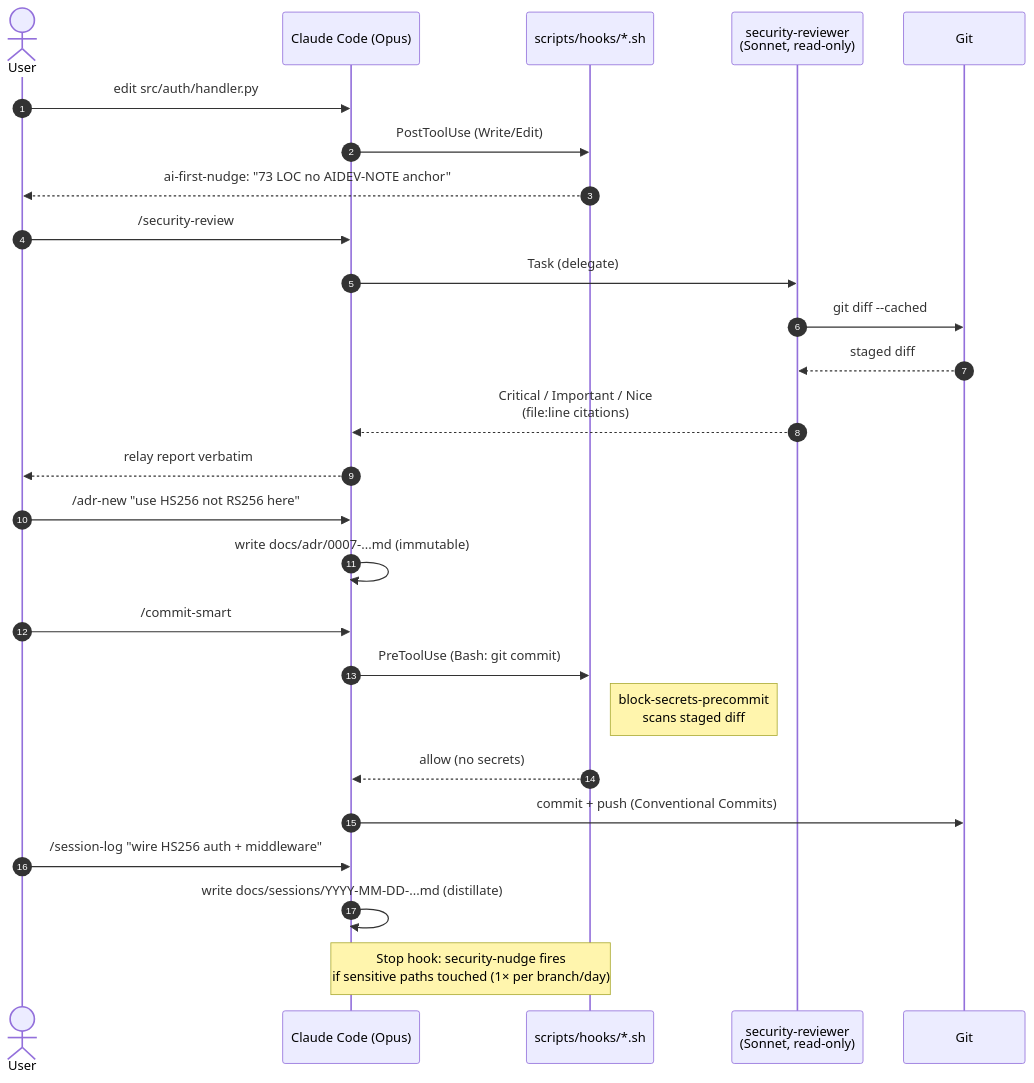
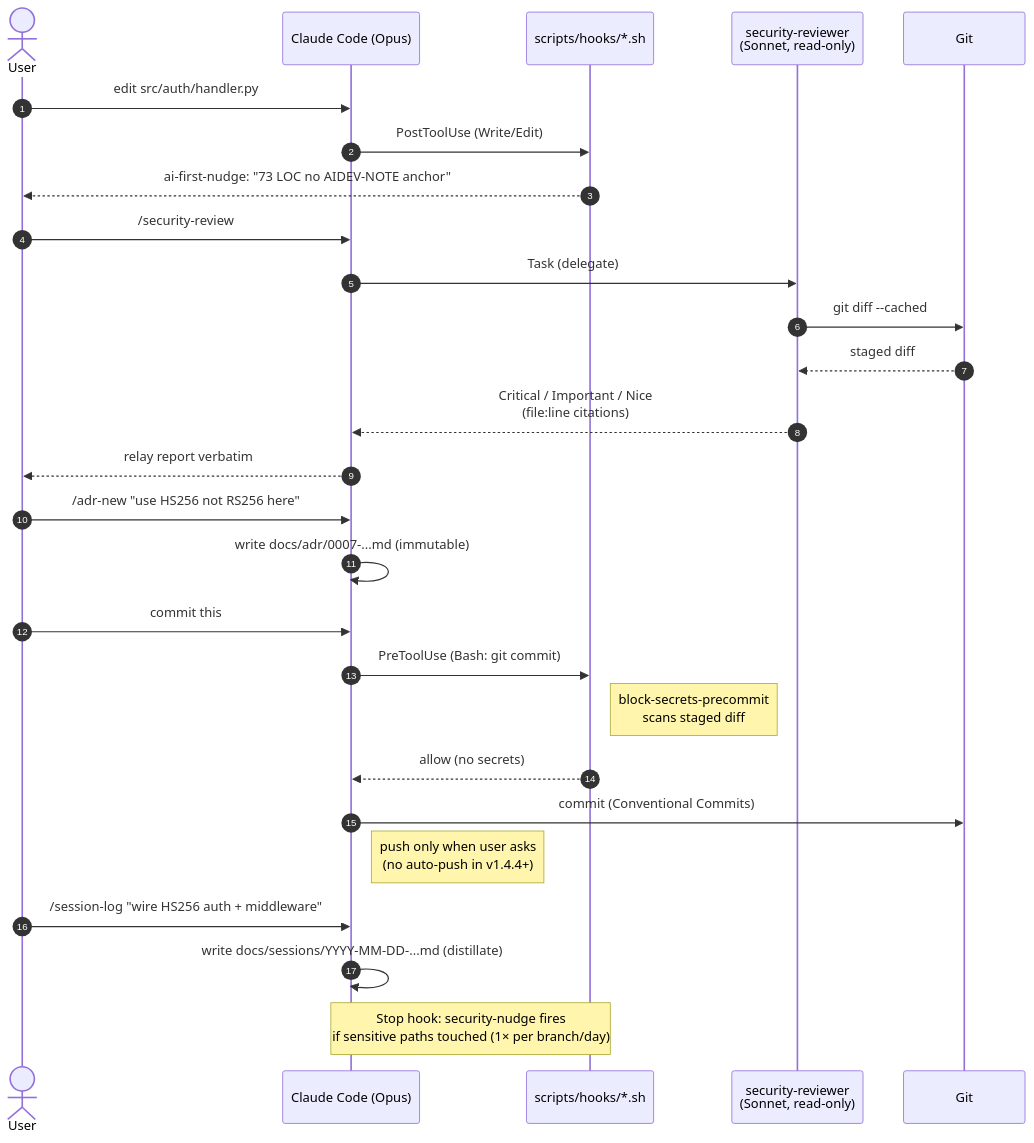
Before and after one commit to Filip-Podstavec/claude-leverage: the first of 2 diagrams in README.md, drawn with Mermaid. The commit also changed other lines of this file and 10 other files, not shown here.

First line of the commit message:
chore(v1.4.4): docs cleanup + version bump for /commit-smart removal

````diff
--- a/README.md
+++ b/README.md
@@ -187,34 +194,35 @@
 ```mermaid
 sequenceDiagram
     autonumber
     actor User
     participant CC as Claude Code (Opus)
     participant Hook as scripts/hooks/*.sh
     participant SR as security-reviewer<br/>(Sonnet, read-only)
     participant Git
 
     User->>CC: edit src/auth/handler.py
     CC->>Hook: PostToolUse (Write/Edit)
     Hook-->>User: ai-first-nudge: "73 LOC no AIDEV-NOTE anchor"
 
     User->>CC: /security-review
     CC->>SR: Task (delegate)
     SR->>Git: git diff --cached
     Git-->>SR: staged diff
     SR-->>CC: Critical / Important / Nice<br/>(file:line citations)
     CC-->>User: relay report verbatim
 
     User->>CC: /adr-new "use HS256 not RS256 here"
     CC->>CC: write docs/adr/0007-...md (immutable)
 
-    User->>CC: /commit-smart
+    User->>CC: commit this
     CC->>Hook: PreToolUse (Bash: git commit)
     Note right of Hook: block-secrets-precommit<br/>scans staged diff
     Hook-->>CC: allow (no secrets)
-    CC->>Git: commit + push (Conventional Commits)
+    CC->>Git: commit (Conventional Commits)
+    Note right of CC: push only when user asks<br/>(no auto-push in v1.4.4+)
 
     User->>CC: /session-log "wire HS256 auth + middleware"
     CC->>CC: write docs/sessions/YYYY-MM-DD-...md (distillate)
 
     Note over CC,Hook: Stop hook: security-nudge fires<br/>if sensitive paths touched (1× per branch/day)
 ```
````
